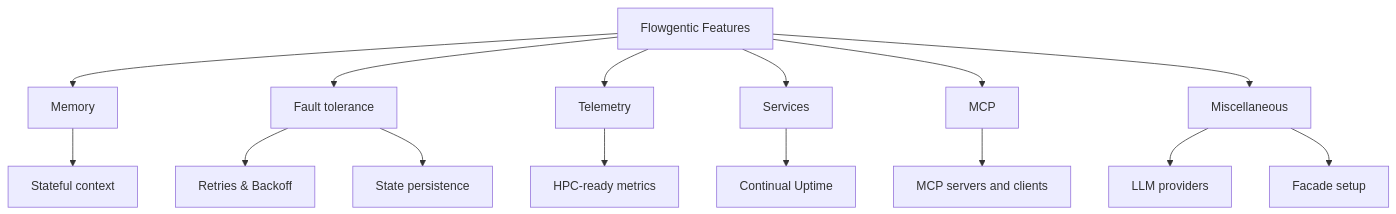
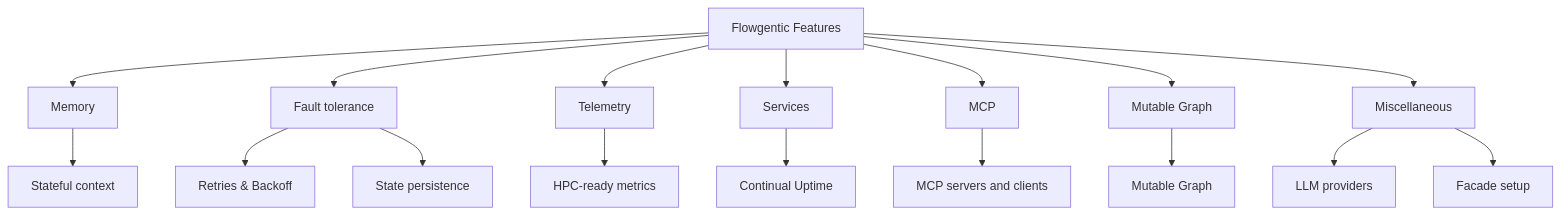
The diagram in docs/features/overview.md (stride-research/flowgentic), drawn with Mermaid before and after one commit. The commit also changed other lines of this file and 2 other files, not shown here.

Commit message:
Updated docs for mutable graph

````diff
--- a/docs/features/overview.md
+++ b/docs/features/overview.md
@@ -12,18 +13,20 @@
 ```mermaid
 graph TD
   A[Flowgentic Features] --> B[Memory]
   A --> C[Fault tolerance]
   A --> D[Telemetry]
   A --> E[Services]
   A --> F[MCP]
-  A --> G[Miscellaneous]
+  A --> G[Mutable Graph]
+  A --> H[Miscellaneous]
 
   B --> B1[Stateful context]
   C --> C1[Retries & Backoff]
   C --> C2[State persistence]
   D --> D1[HPC-ready metrics]
   E --> E1[Continual Uptime]
   F --> F1[MCP servers and clients]
-  G --> G1[LLM providers]
-  G --> G2[Facade setup]
+  G --> G1[Mutable Graph]
+  H --> H1[LLM providers]
+  H --> H2[Facade setup]
 ```
````
